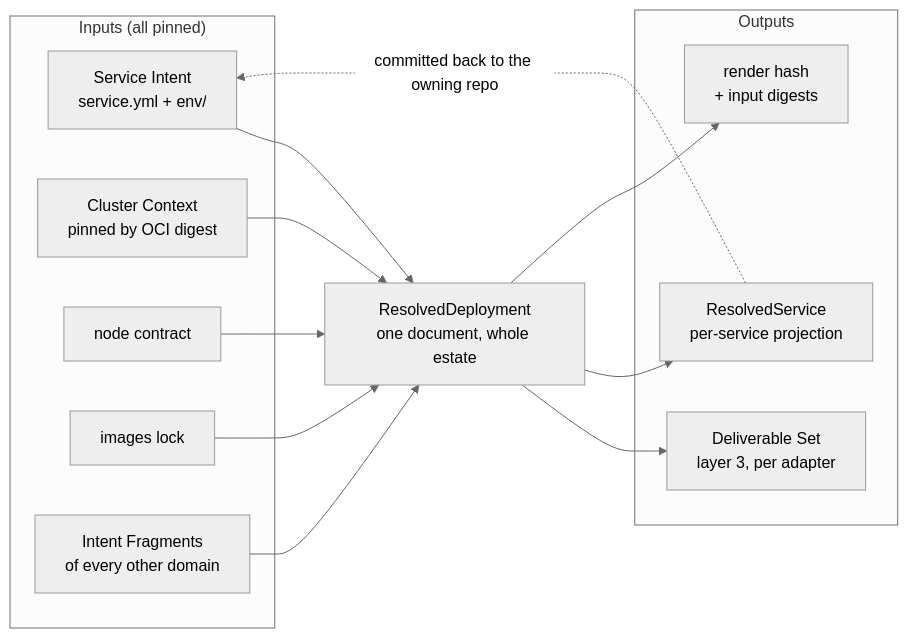
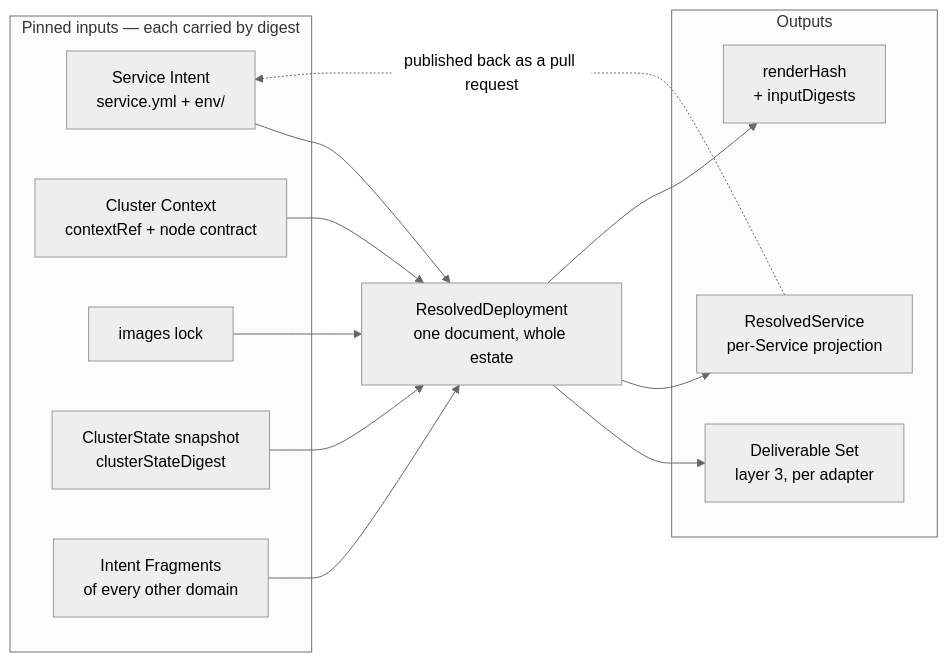
One commit to JorisJonkers-dev/deploy-config-schema changed the first of 2 diagrams in spec/v1/20-resolved-deployment.md. Above: the diagram before and after it, drawn with Mermaid (neutral theme). The commit also changed other lines of this file and 110 other files, not shown here.

````diff
--- a/spec/v1/20-resolved-deployment.md
+++ b/spec/v1/20-resolved-deployment.md
@@ -65,28 +51,28 @@
 ```mermaid
 flowchart LR
-    subgraph IN["Inputs (all pinned)"]
+    subgraph IN["Pinned inputs — each carried by digest"]
         i1["Service Intent<br/>service.yml + env/"]
-        i2["Cluster Context<br/>pinned by OCI digest"]
-        i3["node contract"]
-        i4["images lock"]
+        i2["Cluster Context<br/>contextRef + node contract"]
+        i3["images lock"]
+        i4["ClusterState snapshot<br/>clusterStateDigest"]
         i5["Intent Fragments<br/>of every other domain"]
     end
 
     RD["ResolvedDeployment<br/>one document, whole estate"]
 
     subgraph OUT["Outputs"]
         o1["Deliverable Set<br/>layer 3, per adapter"]
-        o2["ResolvedService<br/>per-service projection"]
-        o3["render hash<br/>+ input digests"]
+        o2["ResolvedService<br/>per-Service projection"]
+        o3["renderHash<br/>+ inputDigests"]
     end
 
     i1 --> RD
     i2 --> RD
     i3 --> RD
     i4 --> RD
     i5 --> RD
     RD --> o1
     RD --> o2
     RD --> o3
-    o2 -.->|"committed back to the owning repo"| i1
+    o2 -.->|"published back as a pull request"| i1
 ```
````
